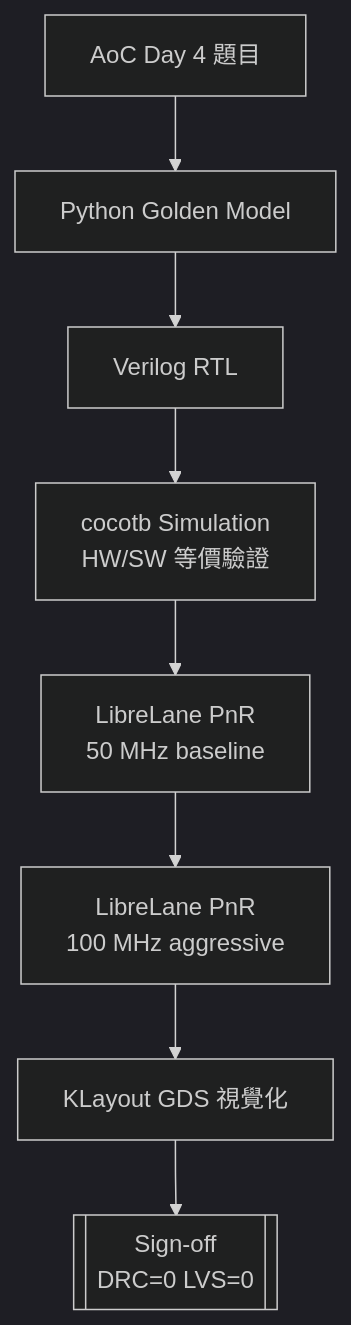
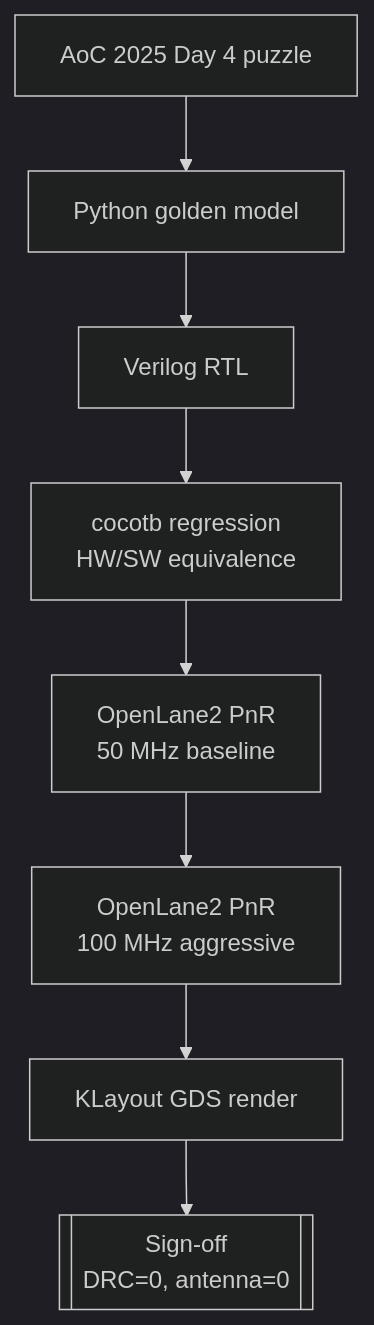
Before and after one commit to s99048100-code/aoc-day4-sky130: the diagram in docs/flow_diagram.md, drawn with Mermaid. The commit also changed 2 other files, not shown here.

Commit message:
chore: delete phase2 checkpoint, unify docs to english

````diff
--- a/docs/flow_diagram.md
+++ b/docs/flow_diagram.md
@@ -3,11 +3,11 @@
 ```mermaid
 %%{init: {'theme': 'dark'}}%%
 flowchart TD
-    A[AoC Day 4 題目] --> B[Python Golden Model]
+    A[AoC 2025 Day 4 puzzle] --> B[Python golden model]
     B --> C[Verilog RTL]
-    C --> D[cocotb Simulation\nHW/SW 等價驗證]
-    D --> E[LibreLane PnR\n50 MHz baseline]
-    E --> F[LibreLane PnR\n100 MHz aggressive]
-    F --> G[KLayout GDS 視覺化]
-    G --> H[[Sign-off\nDRC=0 LVS=0]]
+    C --> D[cocotb regression<br/>HW/SW equivalence]
+    D --> E[OpenLane2 PnR<br/>50 MHz baseline]
+    E --> F[OpenLane2 PnR<br/>100 MHz aggressive]
+    F --> G[KLayout GDS render]
+    G --> H[[Sign-off<br/>DRC=0, antenna=0]]
 ```
````
